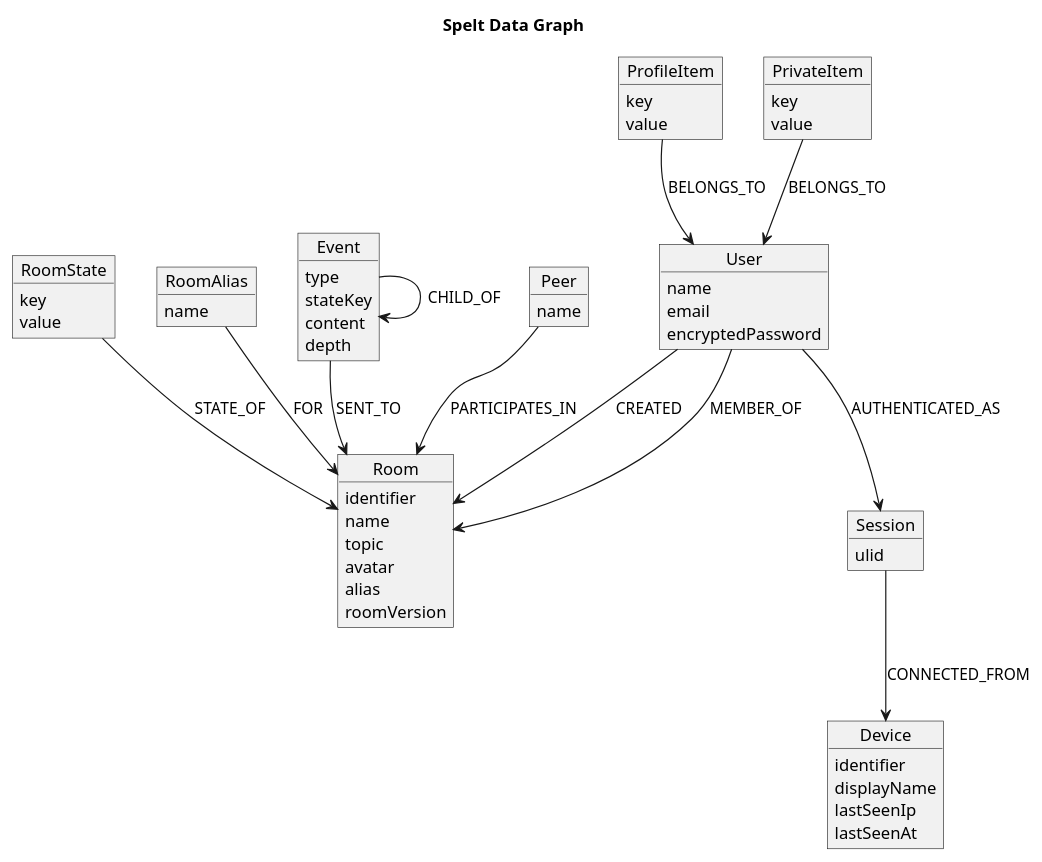
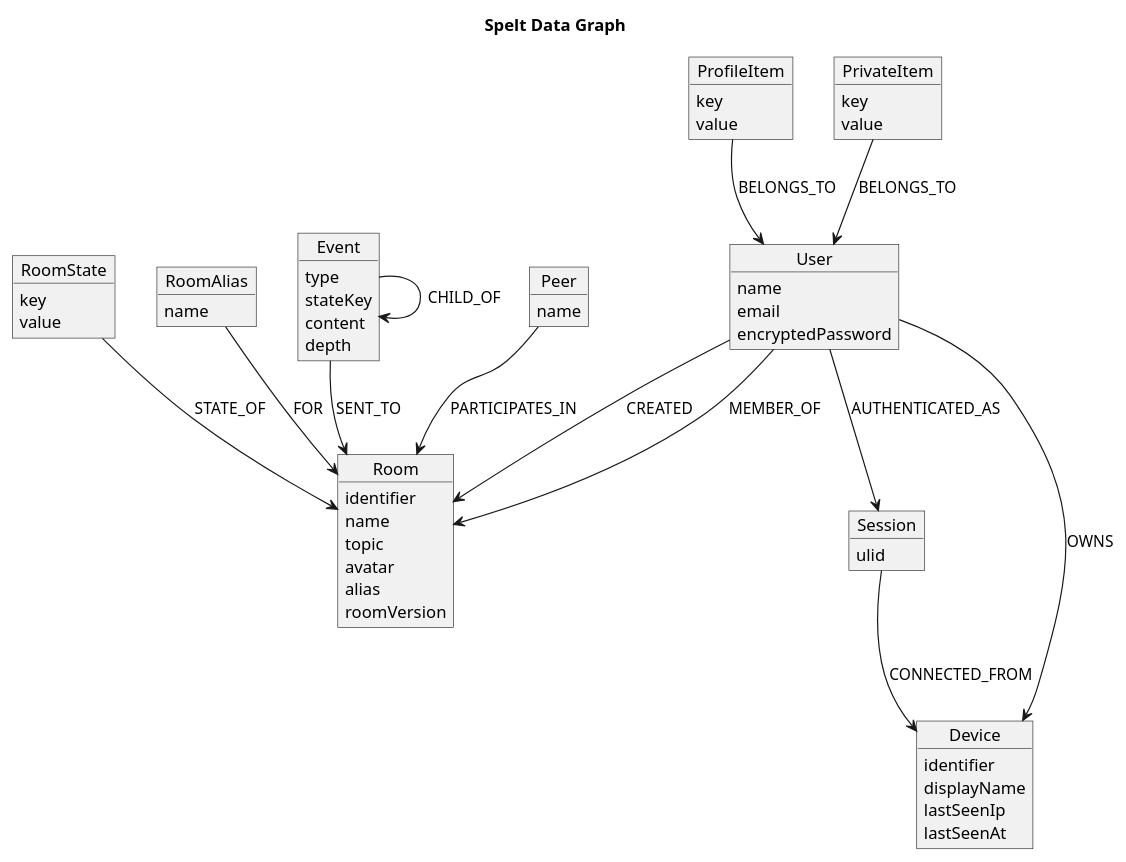
Before and after one commit to jec/spelt-scala: the diagram in doc/data_graph.puml, drawn with PlantUML. The commit also changed 5 other files, not shown here.

```diff
--- a/doc/data_graph.puml
+++ b/doc/data_graph.puml
@@ -1,64 +1,65 @@
 @startuml
 
 title Spelt Data Graph
 
 object User {
   name
   email
   encryptedPassword
 }
 object ProfileItem {
   key
   value
 }
 object PrivateItem {
   key
   value
 }
 object Session {
   ulid
 }
 object Device {
   identifier
   displayName
   lastSeenIp
   lastSeenAt
 }
 object Room {
   identifier
   name
   topic
   avatar
   alias
   roomVersion
 }
 object RoomState {
   key
   value
 }
 object RoomAlias {
   name
 }
 object Event {
   type
   stateKey
   content
   depth
 }
 object Peer {
   name
 }
 
 User --> Session : AUTHENTICATED_AS
+User --> Device : OWNS
 User --> Room : CREATED
 User --> Room : MEMBER_OF
 ProfileItem --> User : BELONGS_TO
 PrivateItem --> User : BELONGS_TO
 RoomState --> Room : STATE_OF
 RoomAlias --> Room : FOR
 Session --> Device : CONNECTED_FROM
 Event --> Event : CHILD_OF
 Event --> Room : SENT_TO
 Peer --> Room : PARTICIPATES_IN
 
 @enduml
```
